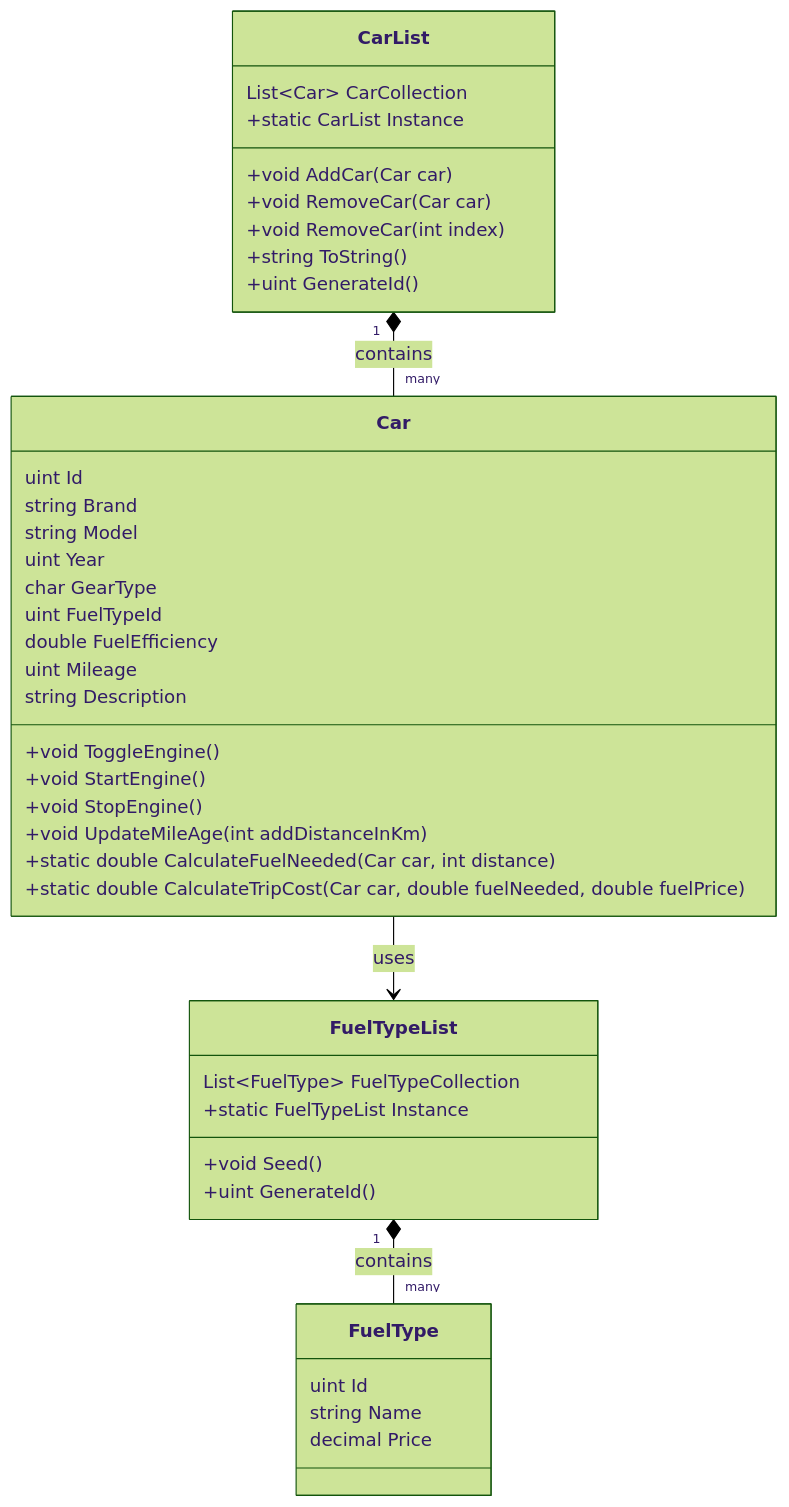
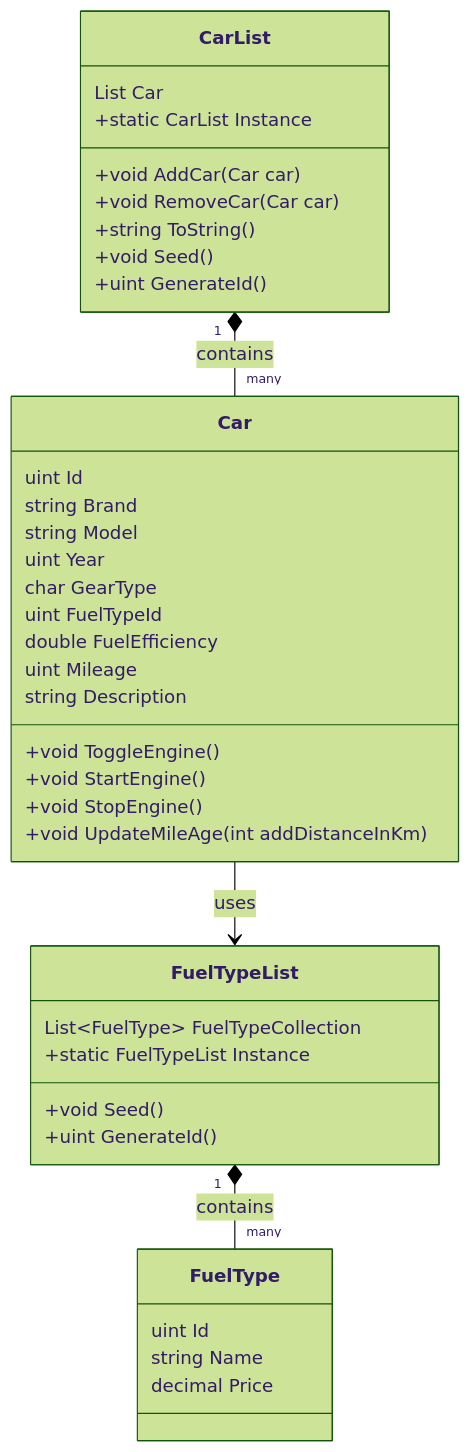
The diagram in documentation/DCD.mmd (Tirsvad/TirsvadDatamatiker.CarApp), drawn with Mermaid (forest theme) before and after one commit. The commit also changed 2 other files, not shown here.

```diff
--- a/documentation/DCD.mmd
+++ b/documentation/DCD.mmd
@@ -1,45 +1,43 @@
 classDiagram
     class Car {
         uint Id
         string Brand
         string Model
         uint Year
         char GearType
         uint FuelTypeId
         double FuelEfficiency
         uint Mileage
         string Description
         +void ToggleEngine()
         +void StartEngine()
         +void StopEngine()
         +void UpdateMileAge(int addDistanceInKm)
-        +static double CalculateFuelNeeded(Car car, int distance)
-        +static double CalculateTripCost(Car car, double fuelNeeded, double fuelPrice)
     }
 
     class FuelType {
         uint Id
         string Name
         decimal Price
     }
 
     class CarList {
-        List~Car~ CarCollection
+        List<Car> Car
         +static CarList Instance
         +void AddCar(Car car)
         +void RemoveCar(Car car)
-        +void RemoveCar(int index)
         +string ToString()
+        +void Seed()
         +uint GenerateId()
     }
 
     class FuelTypeList {
         List~FuelType~ FuelTypeCollection
         +static FuelTypeList Instance
         +void Seed()
         +uint GenerateId()
     }
 
     Car --> FuelTypeList : uses
     CarList "1" *-- "many" Car : contains
     FuelTypeList "1" *-- "many" FuelType : contains
```
